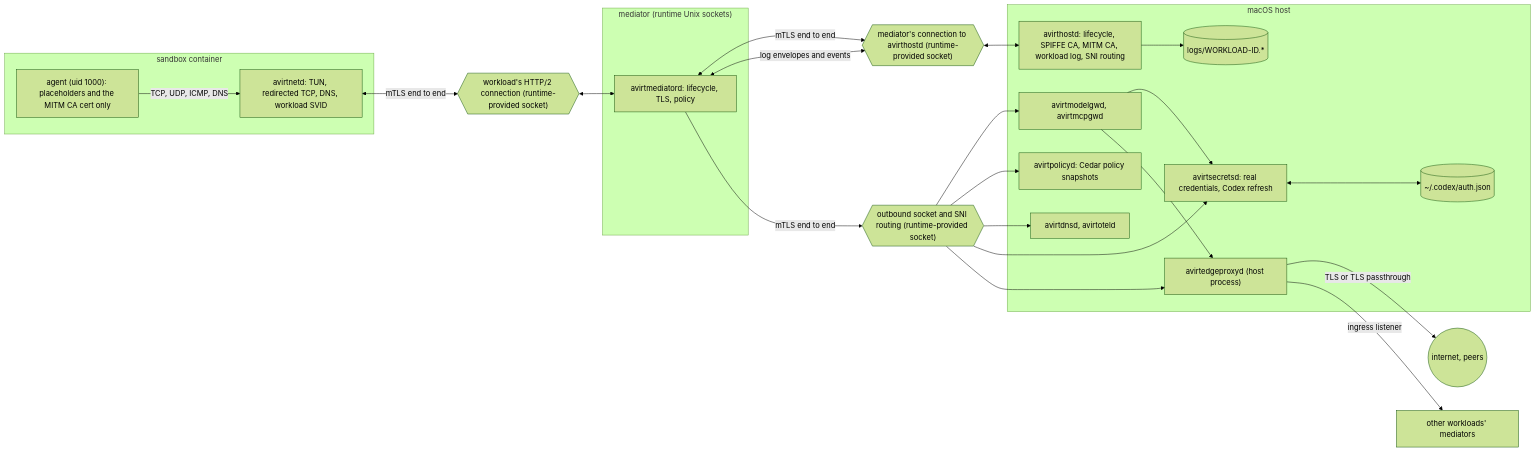
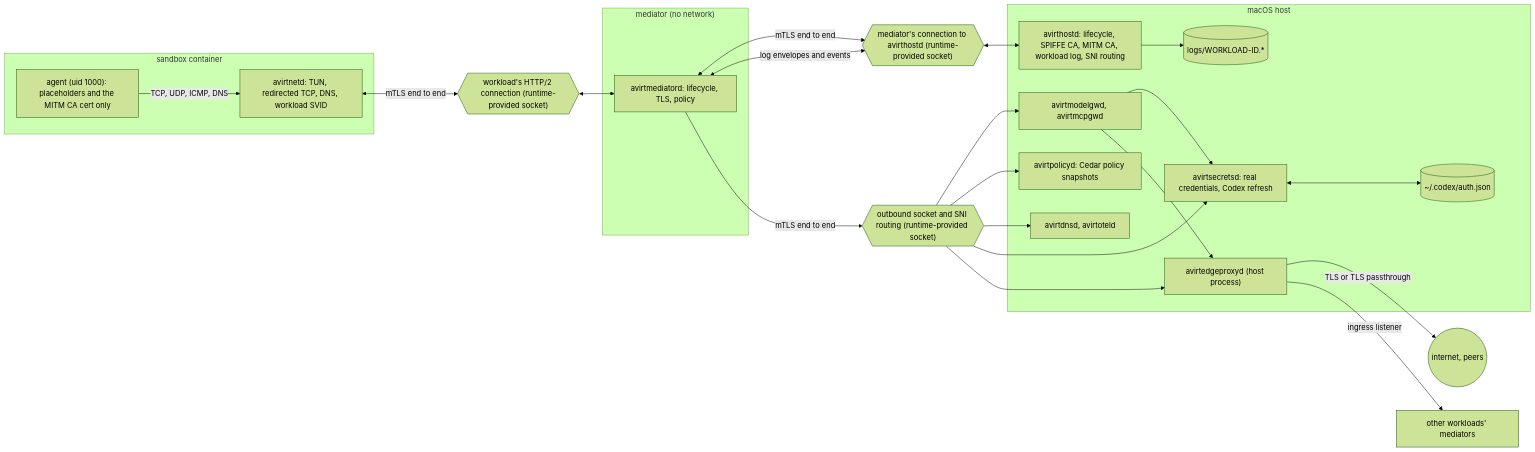
The diagram in docs/architecture.md (tbhb-dev/avirt), drawn with Mermaid (forest theme) before and after one commit. The commit also changed 6 other files, not shown here.

````diff
--- a/docs/architecture.md
+++ b/docs/architecture.md
@@ -41,41 +41,41 @@
 ```mermaid
 flowchart LR
     subgraph host["macOS host"]
         hostd["avirthostd: lifecycle, SPIFFE CA, MITM CA, workload log, SNI routing"]
         secrets["avirtsecretsd: real credentials, Codex refresh"]
         policy["avirtpolicyd: Cedar policy snapshots"]
         svc["avirtdnsd, avirtoteld"]
         gw["avirtmodelgwd, avirtmcpgwd"]
         logs[("logs/WORKLOAD-ID.*")]
         hostauth[("~/.codex/auth.json")]
         hostd --> logs
         secrets <--> hostauth
         fd["avirtedgeproxyd (host process)"]
         gw --> secrets
     end
     gw --> fd
-    subgraph medvm["mediator (runtime Unix sockets)"]
+    subgraph medvm["mediator (no network)"]
         me["avirtmediatord: lifecycle, TLS, policy"]
     end
     subgraph wl["sandbox container"]
         net["avirtnetd: TUN, redirected TCP, DNS, workload SVID"]
         agent["agent (uid 1000): placeholders and the MITM CA cert only"]
         agent -->|"TCP, UDP, ICMP, DNS"| net
     end
     wconn{{"workload's HTTP/2 connection (runtime-provided socket)"}}
     hchan{{"mediator's connection to avirthostd (runtime-provided socket)"}}
     schan{{"outbound socket and SNI routing (runtime-provided socket)"}}
     net <-->|"mTLS end to end"| wconn
     wconn <--> me
     me <-->|"mTLS end to end"| hchan
     hchan <--> hostd
     me <-->|"log envelopes and events"| hchan
     me -->|"mTLS end to end"| schan
     schan --> gw
     schan --> policy
     schan --> svc
     schan --> secrets
     schan --> fd
     fd -->|"TLS or TLS passthrough"| upstream(("internet, peers"))
     fd -->|"ingress listener"| other["other workloads' mediators"]
 ```
````
